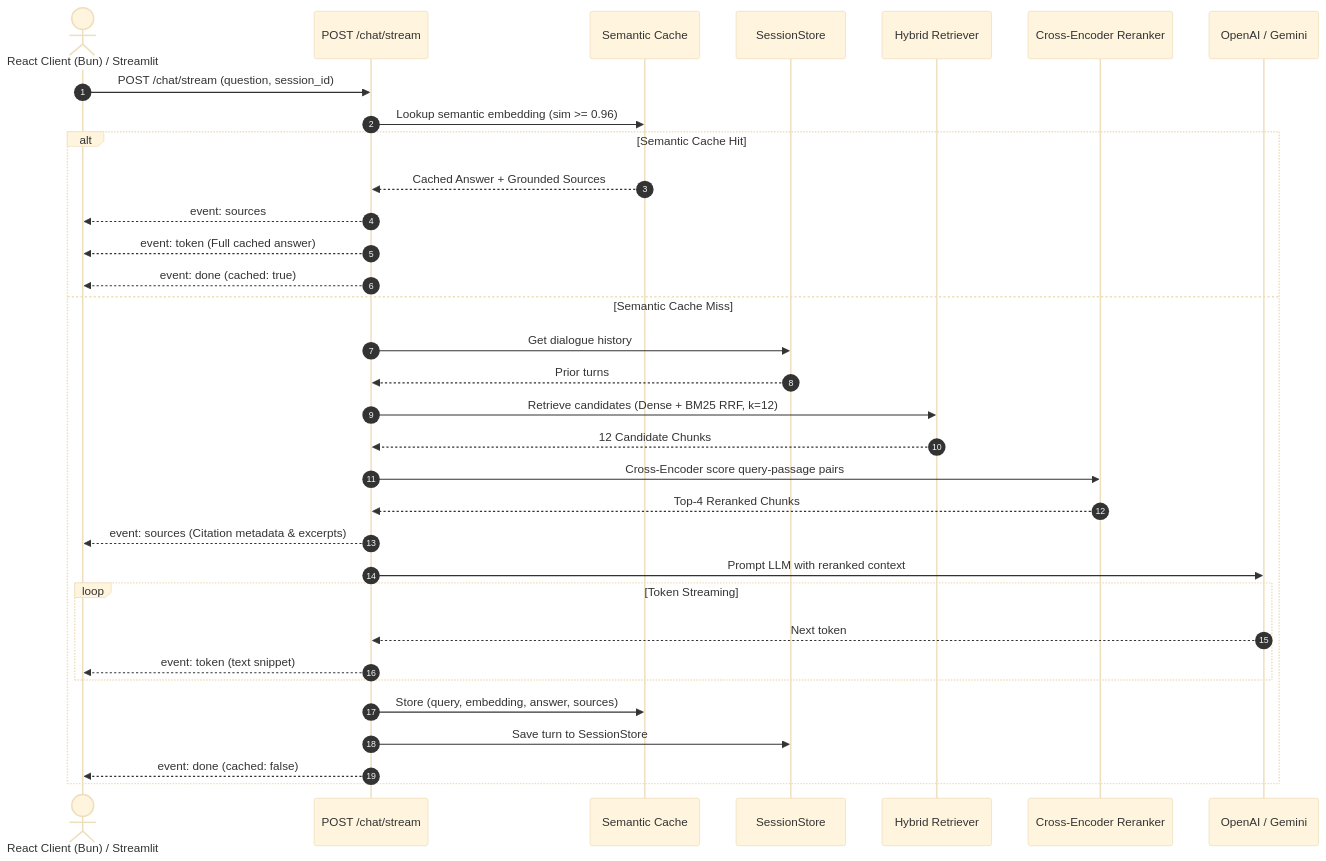
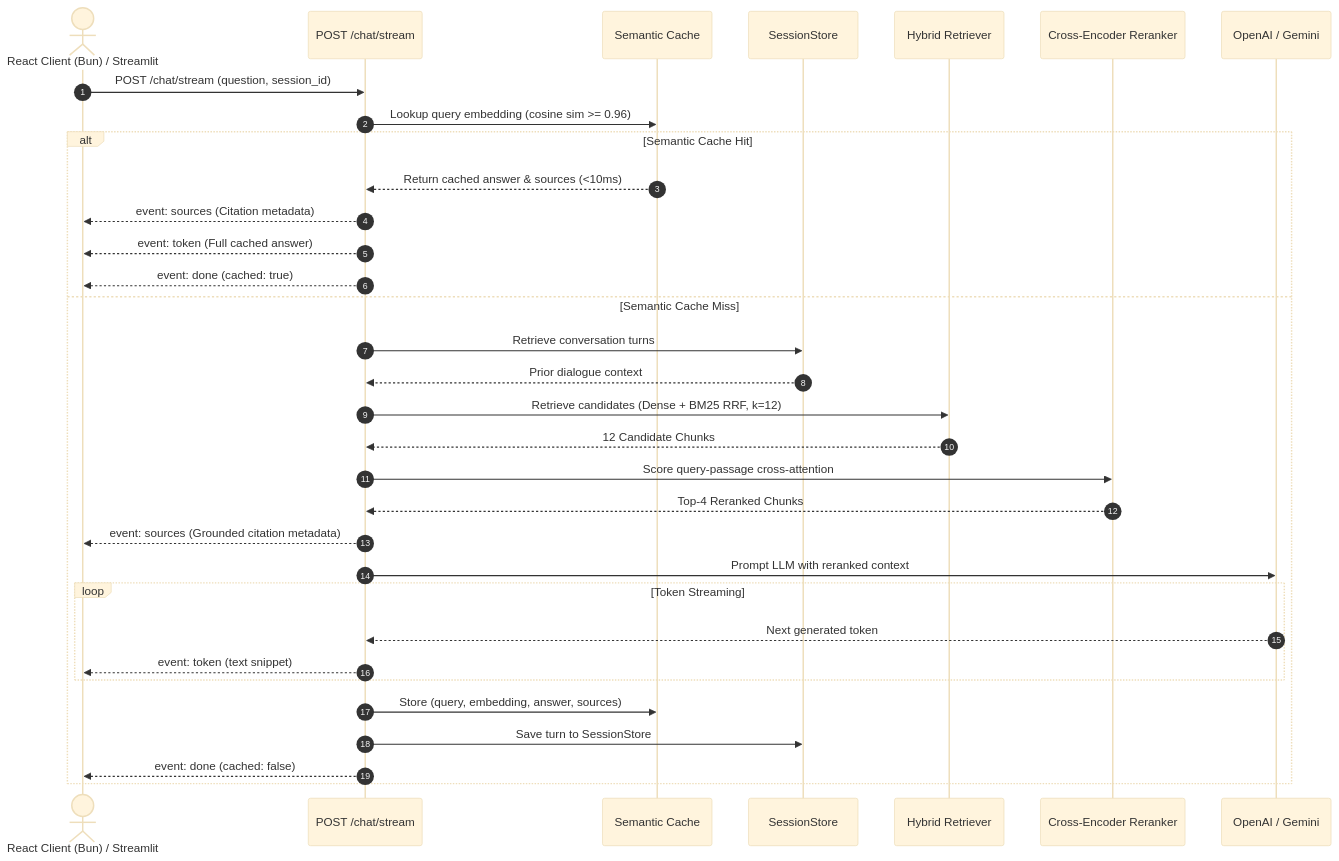
One commit to faizan-7890/SecureRAG changed the third of 3 diagrams in ARCHITECTURE.md. Above: the diagram before and after it, drawn with Mermaid (base theme). The commit also changed other lines of this file, not shown here.

Commit message:
docs: fix Mermaid syntax and link standalone .mmd diagram files in ARCHITECTURE.md

````diff
--- a/ARCHITECTURE.md
+++ b/ARCHITECTURE.md
@@ -138,36 +201,36 @@
 ```mermaid
 sequenceDiagram
     autonumber
     actor Client as React Client (Bun) / Streamlit
     participant ChatAPI as POST /chat/stream
     participant Cache as Semantic Cache
     participant Memory as SessionStore
     participant Retriever as Hybrid Retriever
     participant Reranker as Cross-Encoder Reranker
     participant LLM as OpenAI / Gemini
 
     Client->>ChatAPI: POST /chat/stream (question, session_id)
-    ChatAPI->>Cache: Lookup semantic embedding (sim >= 0.96)
+    ChatAPI->>Cache: Lookup query embedding (cosine sim >= 0.96)
     alt Semantic Cache Hit
-        Cache-->>ChatAPI: Cached Answer + Grounded Sources
-        ChatAPI-->>Client: event: sources
+        Cache-->>ChatAPI: Return cached answer & sources (<10ms)
+        ChatAPI-->>Client: event: sources (Citation metadata)
         ChatAPI-->>Client: event: token (Full cached answer)
         ChatAPI-->>Client: event: done (cached: true)
     else Semantic Cache Miss
-        ChatAPI->>Memory: Get dialogue history
-        Memory-->>ChatAPI: Prior turns
+        ChatAPI->>Memory: Retrieve conversation turns
+        Memory-->>ChatAPI: Prior dialogue context
         ChatAPI->>Retriever: Retrieve candidates (Dense + BM25 RRF, k=12)
         Retriever-->>ChatAPI: 12 Candidate Chunks
-        ChatAPI->>Reranker: Cross-Encoder score query-passage pairs
+        ChatAPI->>Reranker: Score query-passage cross-attention
         Reranker-->>ChatAPI: Top-4 Reranked Chunks
-        ChatAPI-->>Client: event: sources (Citation metadata & excerpts)
+        ChatAPI-->>Client: event: sources (Grounded citation metadata)
         ChatAPI->>LLM: Prompt LLM with reranked context
         loop Token Streaming
-            LLM-->>ChatAPI: Next token
+            LLM-->>ChatAPI: Next generated token
             ChatAPI-->>Client: event: token (text snippet)
         end
         ChatAPI->>Cache: Store (query, embedding, answer, sources)
         ChatAPI->>Memory: Save turn to SessionStore
         ChatAPI-->>Client: event: done (cached: false)
     end
 ```
````
